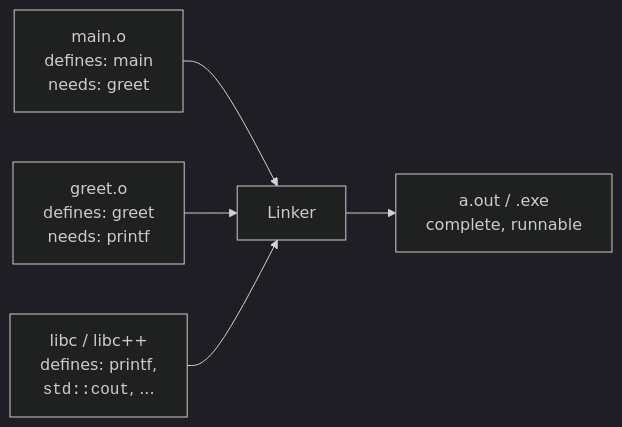
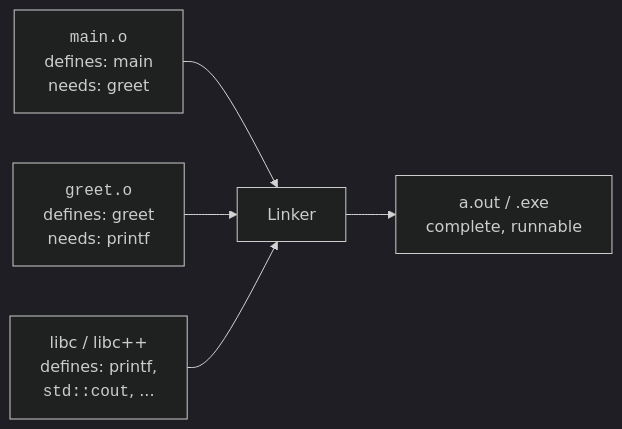
One commit to dataslope/dataslope changed the third of 4 diagrams in content/learn/from-zero-to-cpp/compilation-pipeline.mdx. Above: the diagram before and after it, drawn with Mermaid (dark theme). The commit also changed other lines of this file and 100 other files, not shown here.

First line of the commit message:
Wrap more code in diagram labels: filenames, hex, assignments, subgraph titles

````diff
--- a/content/learn/from-zero-to-cpp/compilation-pipeline.mdx
+++ b/content/learn/from-zero-to-cpp/compilation-pipeline.mdx
@@ -175,7 +175,7 @@
 ```mermaid
 flowchart LR
-    M[main.o<br/>defines: main<br/>needs: greet] --> L[Linker]
-    G[greet.o<br/>defines: greet<br/>needs: printf] --> L
+    M["<code>main.o</code><br/>defines: main<br/>needs: greet"] --> L[Linker]
+    G["<code>greet.o</code><br/>defines: greet<br/>needs: printf"] --> L
     S["libc / libc++<br/>defines: printf,<br/><code>std::cout</code>, ..."] --> L
     L --> E[a.out / .exe<br/>complete, runnable]
 ```
````
